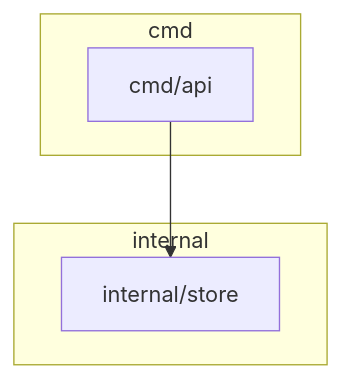
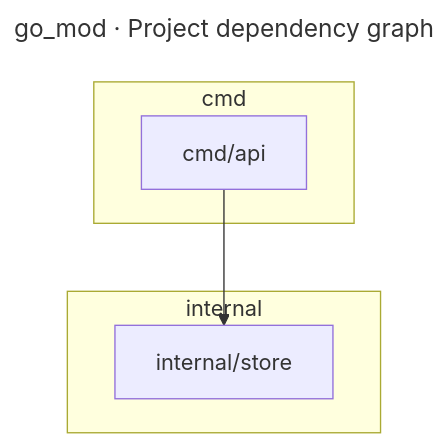
One commit to ythalorossy/architecture-skills changed the third of 3 diagrams in tests/golden/go_mod/output/ArchitectureReport.md. Above: the diagram before and after it, drawn with Mermaid. The commit also changed other lines of this file and 34 other files, not shown here.

First line of the commit message:
feat(report): strengths from the model, split folders, titled dependency graph

````diff
--- a/tests/golden/go_mod/output/ArchitectureReport.md
+++ b/tests/golden/go_mod/output/ArchitectureReport.md
@@ -132,10 +136,13 @@
 ```mermaid
+---
+title: "go_mod · Project dependency graph"
+---
 graph TD
     subgraph group_cmd["cmd"]
         cmd_api["cmd/api"]
     end
     subgraph group_internal["internal"]
         internal_store["internal/store"]
     end
     cmd_api --> internal_store
 ```
````
